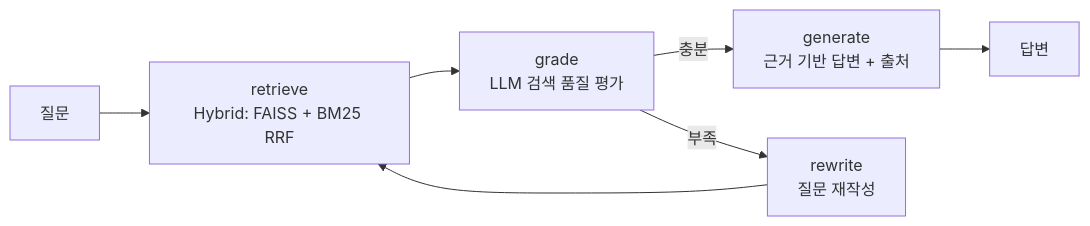
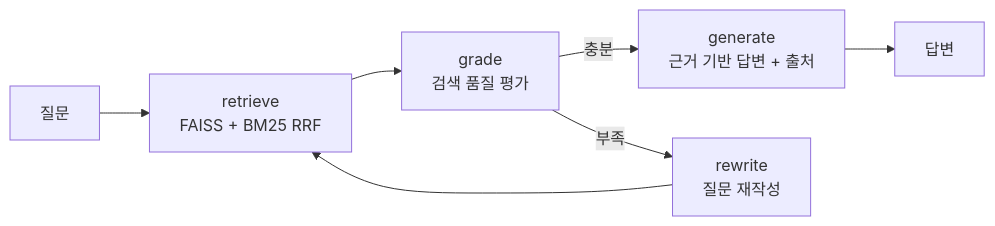
One commit to ckc5800/rag-agent changed the first of 2 diagrams in README.md. Above: the diagram before and after it, drawn with Mermaid. The commit also changed other lines of this file, not shown here.

````diff
--- a/README.md
+++ b/README.md
@@ -27,9 +27,9 @@
 ```mermaid
 graph LR
-    Q[질문] --> R[retrieve<br/>Hybrid: FAISS + BM25 RRF]
-    R --> G[grade<br/>LLM 검색 품질 평가]
+    Q[질문] --> R[retrieve<br/>FAISS + BM25 RRF]
+    R --> G[grade<br/>검색 품질 평가]
     G -->|충분| GEN[generate<br/>근거 기반 답변 + 출처]
     G -->|부족| RW[rewrite<br/>질문 재작성]
     RW --> R
     GEN --> A[답변]
 ```
````
